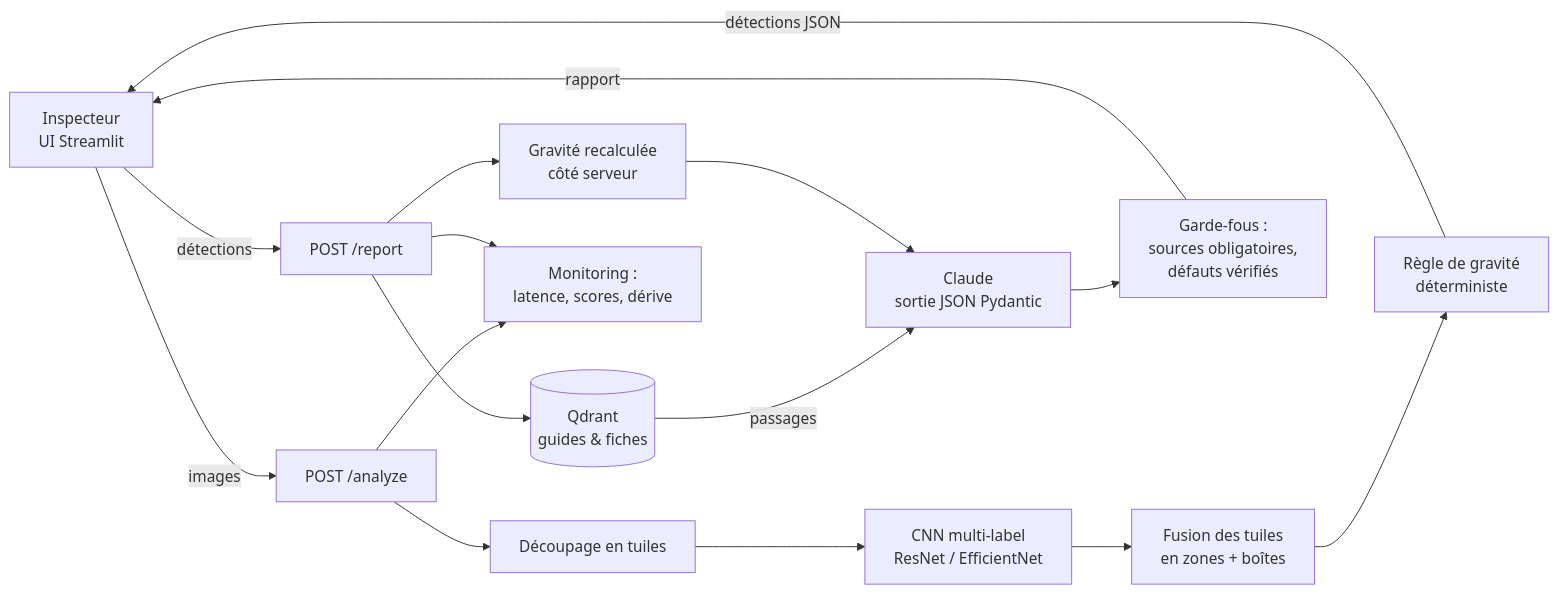
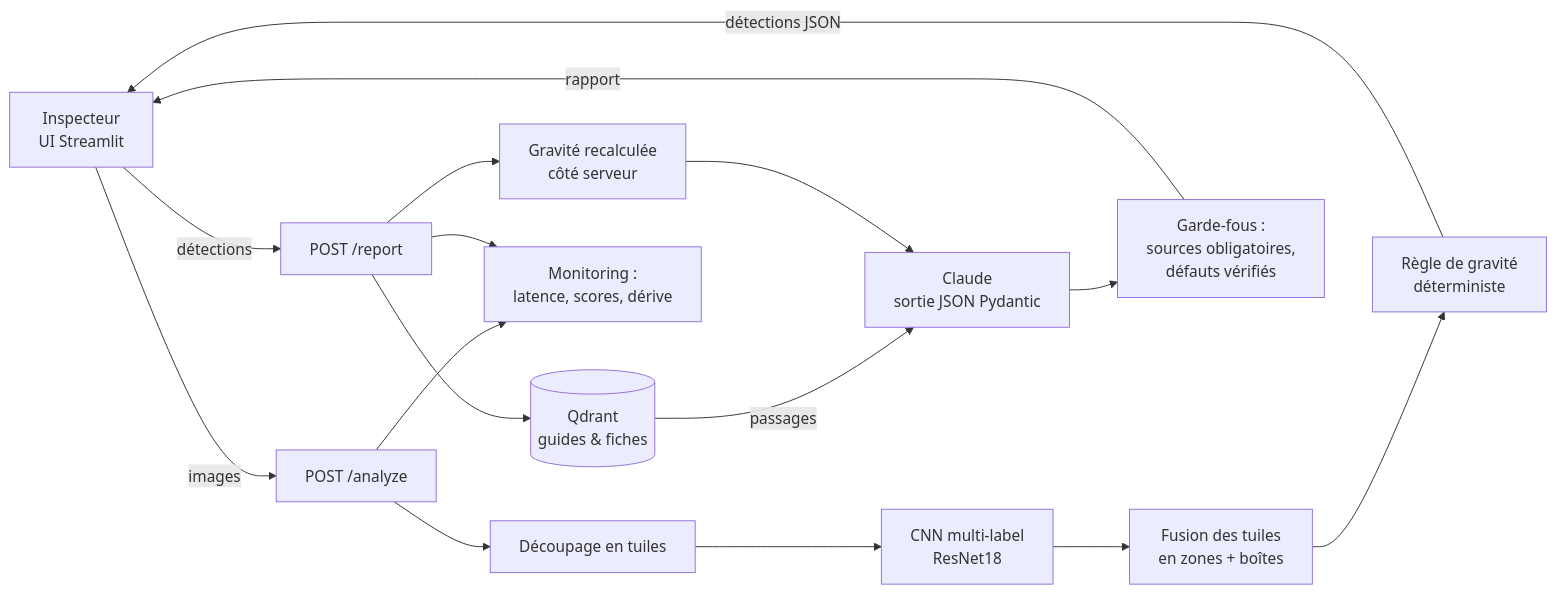
One commit to Azohbi4/detection-of-defects-on-sites-LLM-assistant changed the diagram in README.md. Above: the diagram before and after it, drawn with Mermaid. The commit also changed other lines of this file, not shown here.

````diff
--- a/README.md
+++ b/README.md
@@ -26,16 +26,16 @@
 ```mermaid
 flowchart LR
     U[Inspecteur<br/>UI Streamlit] -->|images| A[POST /analyze]
-    A --> T[Découpage en tuiles] --> M[CNN multi-label<br/>ResNet / EfficientNet]
+    A --> T[Découpage en tuiles] --> M[CNN multi-label<br/>ResNet18]
     M --> Z[Fusion des tuiles<br/>en zones + boîtes]
     Z --> G[Règle de gravité<br/>déterministe]
     G -->|détections JSON| U
     U -->|détections| R[POST /report]
     R --> G2[Gravité recalculée<br/>côté serveur]
     R --> Q[(Qdrant<br/>guides & fiches)]
     Q -->|passages| L[Claude<br/>sortie JSON Pydantic]
     G2 --> L
     L --> F[Garde-fous :<br/>sources obligatoires,<br/>défauts vérifiés]
     F -->|rapport| U
     A & R --> MON[Monitoring :<br/>latence, scores, dérive]
 ```
````
